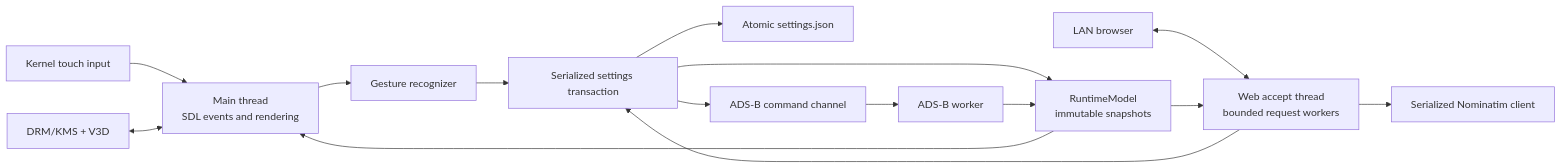
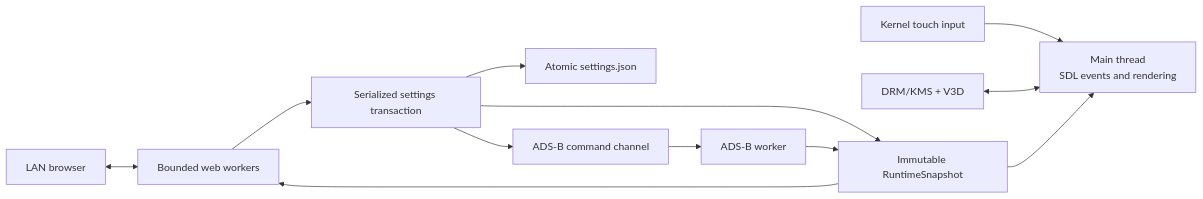
The second of 2 diagrams in docs/architecture.md (shayne/RPi-Plane-Radar), drawn with Mermaid before and after one commit. The commit also changed other lines of this file and 26 other files, not shown here.

````diff
--- a/docs/architecture.md
+++ b/docs/architecture.md
@@ -11,17 +74,14 @@
 ```mermaid
 flowchart LR
-    touch["Kernel touch input"] --> main["Main thread\nSDL events and rendering"]
+    touch["Kernel touch input"] --> main["Main thread<br/>SDL events and rendering"]
     kms["DRM/KMS + V3D"] <--> main
-    main --> gesture["Gesture recognizer"]
-    gesture --> settings["Serialized settings transaction"]
-    browser["LAN browser"] <--> web["Web accept thread\nbounded request workers"]
-    web --> settings
-    web --> geocoder["Serialized Nominatim client"]
+    browser["LAN browser"] <--> web["Bounded web workers"]
+    web --> settings["Serialized settings transaction"]
     settings --> file["Atomic settings.json"]
-    settings --> model["RuntimeModel\nimmutable snapshots"]
+    settings --> model["Immutable RuntimeSnapshot"]
     settings --> wake["ADS-B command channel"]
     adsb["ADS-B worker"] --> model
     wake --> adsb
     model --> main
     model --> web
 ```
````
